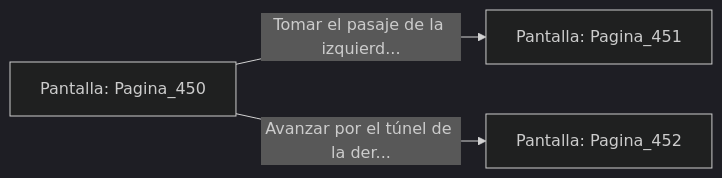
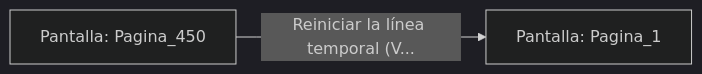
The diagram in sample/eligejuego-vault/Pantalla_Pagina_450.md (metsuke/mpl), drawn with Mermaid (dark theme) before and after one commit. The commit also changed other lines of this file and 635 other files, not shown here.

First line of the commit message:
fix: añadir Pagina_1 como pantalla inicial en capitulo_01.mpl

````diff
--- a/sample/eligejuego-vault/Pantalla_Pagina_450.md
+++ b/sample/eligejuego-vault/Pantalla_Pagina_450.md
@@ -20,6 +17,5 @@
 ```mermaid
 graph LR
     P_Pagina_450["Pantalla: Pagina_450"]
-    P_Pagina_450 -->|"Tomar el pasaje de la izquierd..."| P_Pagina_451["Pantalla: Pagina_451"]
-    P_Pagina_450 -->|"Avanzar por el túnel de la der..."| P_Pagina_452["Pantalla: Pagina_452"]
+    P_Pagina_450 -->|"Reiniciar la línea temporal (V..."| P_Pagina_1["Pantalla: Pagina_1"]
 ```
````
